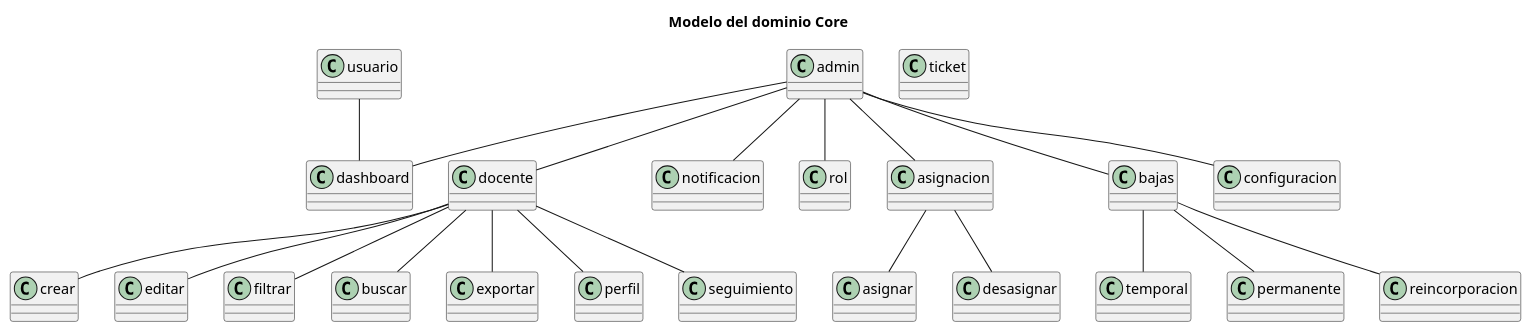
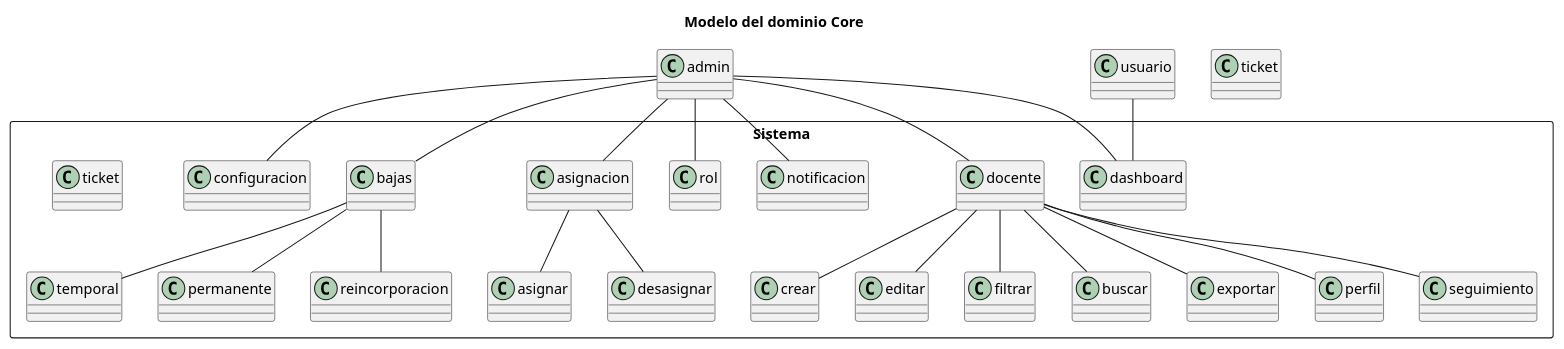
Before and after one commit to mmasias/23-24-IdSw1-SDR: the diagram in modelosUML/modeloDelDominioCore.puml, drawn with PlantUML. The commit also changed 1 other file, not shown here.

```diff
--- a/modelosUML/modeloDelDominioCore.puml
+++ b/modelosUML/modeloDelDominioCore.puml
@@ -1,31 +1,36 @@
 @startuml Modelo del dominio Core
 'https://plantuml.com/sequence-diagram
 title Modelo del dominio Core
 
+class admin
+class ticket
+class usuario
 
+rectangle Sistema {
 usuario -- dashboard
 admin -- dashboard
 admin -- docente 
 admin -- notificacion
 admin -- rol
 admin -- asignacion
 admin -- bajas
 admin -- configuracion
 class ticket
 
 docente -- crear 
 docente -- editar 
 docente -- filtrar
 docente -- buscar
 docente -- exportar
 docente -- perfil
 docente -- seguimiento
 
 asignacion --asignar 
 asignacion -- desasignar 
 
 bajas -- temporal
 bajas -- permanente
 bajas -- reincorporacion
+}
 
 @enduml
```
